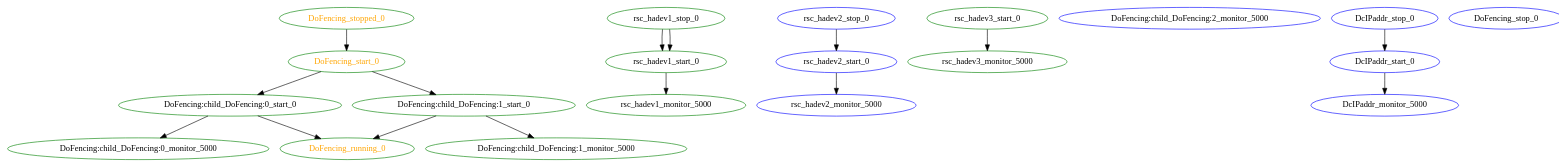
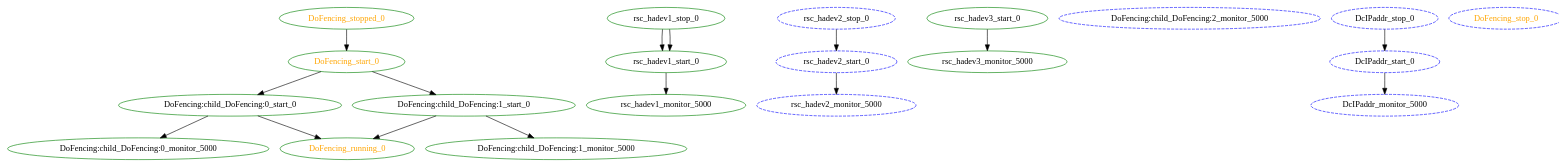
The diagram in crm/pengine/testcases/735.dot (richiewen8/heartbeat), drawn with Graphviz before and after one commit. The commit also changed 91 other files, not shown here.

```diff
--- a/crm/pengine/testcases/735.dot
+++ b/crm/pengine/testcases/735.dot
@@ -1,38 +1,38 @@
 digraph "g" {
 	size = "30,30"
-"DoFencing:child_DoFencing:0_monitor_5000" [ color="green" ]
-"rsc_hadev1_monitor_5000" [ color="green" ]
-"DoFencing:child_DoFencing:0_start_0" [ color="green" ]
-"rsc_hadev2_monitor_5000" [ color="blue" ]
-"rsc_hadev3_start_0" [ color="green" ]
-"DoFencing:child_DoFencing:2_monitor_5000" [ color="blue" ]
-"DcIPaddr_monitor_5000" [ color="blue" ]
-"rsc_hadev1_start_0" [ color="green" ]
-"rsc_hadev3_monitor_5000" [ color="green" ]
-"DoFencing:child_DoFencing:1_monitor_5000" [ color="green" ]
-"DcIPaddr_stop_0" [ color="blue" ]
-"DcIPaddr_start_0" [ color="blue" ]
-"rsc_hadev1_stop_0" [ color="green" ]
-"rsc_hadev2_stop_0" [ color="blue" ]
-"rsc_hadev2_start_0" [ color="blue" ]
-"DoFencing:child_DoFencing:1_start_0" [ color="green" ]
-"DoFencing_start_0" [ color="green" fontcolor="orange" ]
-"DoFencing_running_0" [ color="green" fontcolor="orange" ]
-"DoFencing_stop_0" [ color="blue" ]
-"DoFencing_stopped_0" [ color="green" fontcolor="orange" ]
+"DoFencing:child_DoFencing:0_monitor_5000" [ tooltip="hadev2" color="green" fontcolor="black" ]
+"rsc_hadev1_monitor_5000" [ tooltip="hadev3" color="green" fontcolor="black" ]
+"DoFencing:child_DoFencing:0_start_0" [ tooltip="hadev2" color="green" fontcolor="black" ]
+"rsc_hadev2_monitor_5000" [ style="dashed" color="blue" fontcolor="black" ]
+"rsc_hadev3_start_0" [ tooltip="hadev3" color="green" fontcolor="black" ]
+"DoFencing:child_DoFencing:2_monitor_5000" [ style="dashed" color="blue" fontcolor="black" ]
+"DcIPaddr_monitor_5000" [ style="dashed" color="blue" fontcolor="black" ]
+"rsc_hadev1_start_0" [ tooltip="hadev3" color="green" fontcolor="black" ]
+"rsc_hadev3_monitor_5000" [ tooltip="hadev3" color="green" fontcolor="black" ]
+"DoFencing:child_DoFencing:1_monitor_5000" [ tooltip="hadev3" color="green" fontcolor="black" ]
+"DcIPaddr_stop_0" [ style="dashed" color="blue" fontcolor="black" ]
+"DcIPaddr_start_0" [ style="dashed" color="blue" fontcolor="black" ]
+"rsc_hadev1_stop_0" [ tooltip="hadev2" color="green" fontcolor="black" ]
+"rsc_hadev2_stop_0" [ style="dashed" color="blue" fontcolor="black" ]
+"rsc_hadev2_start_0" [ style="dashed" color="blue" fontcolor="black" ]
+"DoFencing:child_DoFencing:1_start_0" [ tooltip="hadev3" color="green" fontcolor="black" ]
+"DoFencing_start_0" [ tooltip="" color="green" fontcolor="orange" ]
+"DoFencing_running_0" [ tooltip="" color="green" fontcolor="orange" ]
+"DoFencing_stop_0" [ style="dashed" color="blue" fontcolor="orange" ]
+"DoFencing_stopped_0" [ tooltip="" color="green" fontcolor="orange" ]
 "DoFencing:child_DoFencing:0_start_0" -> "DoFencing:child_DoFencing:0_monitor_5000"
 "rsc_hadev1_start_0" -> "rsc_hadev1_monitor_5000"
 "DoFencing_start_0" -> "DoFencing:child_DoFencing:0_start_0"
 "rsc_hadev2_start_0" -> "rsc_hadev2_monitor_5000"
 "DcIPaddr_start_0" -> "DcIPaddr_monitor_5000"
 "rsc_hadev1_stop_0" -> "rsc_hadev1_start_0"
 "rsc_hadev1_stop_0" -> "rsc_hadev1_start_0"
 "rsc_hadev3_start_0" -> "rsc_hadev3_monitor_5000"
 "DoFencing:child_DoFencing:1_start_0" -> "DoFencing:child_DoFencing:1_monitor_5000"
 "DcIPaddr_stop_0" -> "DcIPaddr_start_0"
 "rsc_hadev2_stop_0" -> "rsc_hadev2_start_0"
 "DoFencing_start_0" -> "DoFencing:child_DoFencing:1_start_0"
 "DoFencing_stopped_0" -> "DoFencing_start_0"
 "DoFencing:child_DoFencing:0_start_0" -> "DoFencing_running_0"
 "DoFencing:child_DoFencing:1_start_0" -> "DoFencing_running_0"
 }
```
